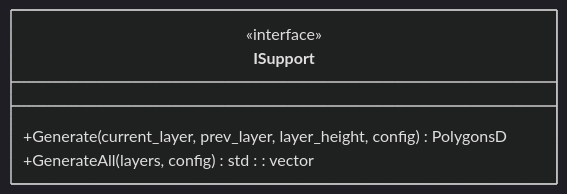
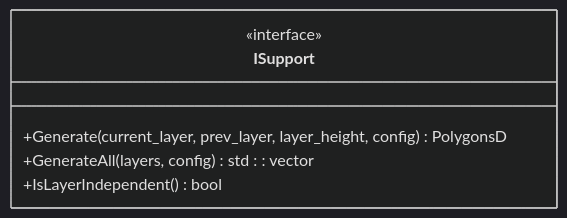
Before and after one commit to hsmbanlance/HsBaSlicer: the fourth of 12 diagrams in .qoder/repowiki/en/content/Core Modules/Support Structure System (support_)/Support Structure System (support_).md, drawn with Mermaid (dark theme). The commit also changed other lines of this file and 365 other files, not shown here.

````diff
--- a/.qoder/repowiki/en/content/Core Modules/Support Structure System (support_)/Support Structure System (support_).md
+++ b/.qoder/repowiki/en/content/Core Modules/Support Structure System (support_)/Support Structure System (support_).md
@@ -145,8 +208,9 @@
 ```mermaid
 classDiagram
 class ISupport {
 <<interface>>
 +Generate(current_layer, prev_layer, layer_height, config) PolygonsD
 +GenerateAll(layers, config) std : : vector<PolygonsD>
++IsLayerIndependent() bool
 }
 ```
````
